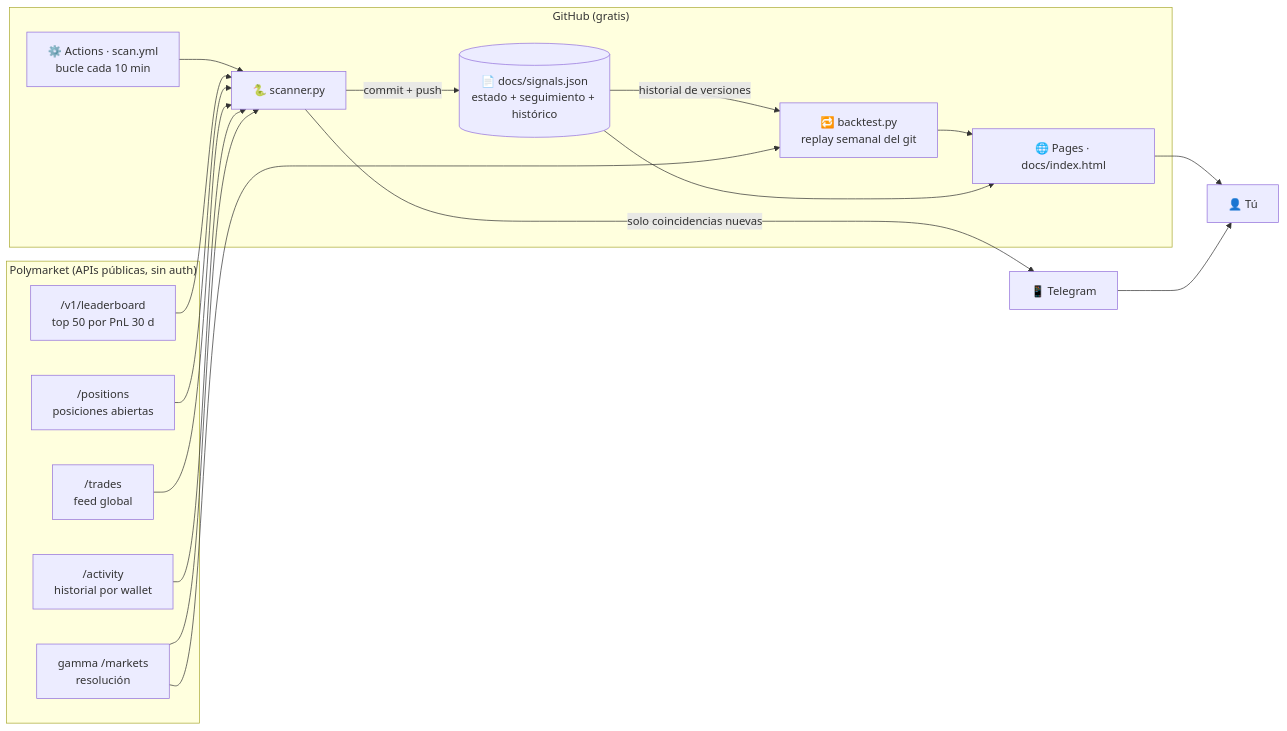
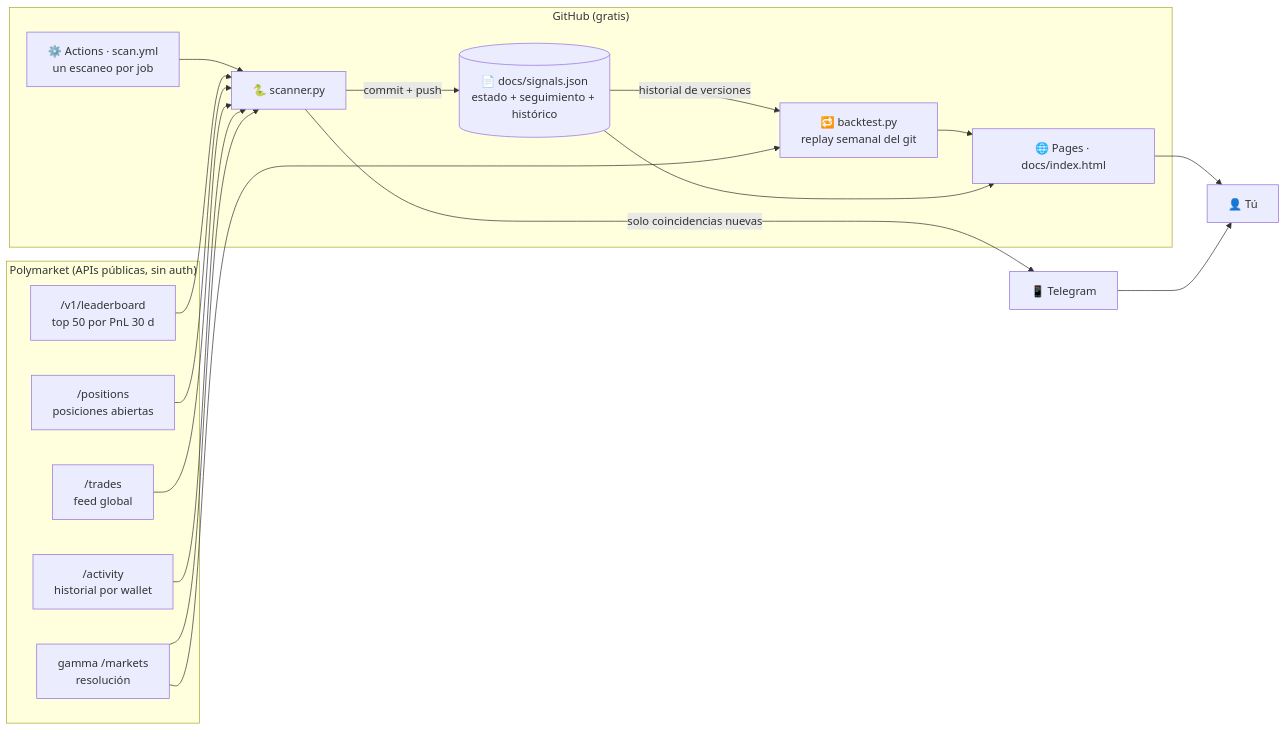
The first of 4 diagrams in README.md (edulabrador/polymarket-smart-money), drawn with Mermaid before and after one commit. The commit also changed other lines of this file and 11 other files, not shown here.

First line of the commit message:
Actions: un escaneo por job y crons apagados; datos de estrategias mas ligeros (#12)

````diff
--- a/README.md
+++ b/README.md
@@ -150,32 +150,32 @@
 ```mermaid
 flowchart LR
     subgraph PM["Polymarket (APIs públicas, sin auth)"]
         LB["/v1/leaderboard<br/>top 50 por PnL 30 d"]
         POS["/positions<br/>posiciones abiertas"]
         TR["/trades<br/>feed global"]
         ACT["/activity<br/>historial por wallet"]
         GM["gamma /markets<br/>resolución"]
     end
 
     subgraph GH["GitHub (gratis)"]
-        A["⚙️ Actions · scan.yml<br/>bucle cada 10 min"]
+        A["⚙️ Actions · scan.yml<br/>un escaneo por job"]
         S["🐍 scanner.py"]
         J[("📄 docs/signals.json<br/>estado + seguimiento + histórico")]
         B["🔁 backtest.py<br/>replay semanal del git"]
         P["🌐 Pages · docs/index.html"]
     end
 
     T["📱 Telegram"]
     U["👤 Tú"]
 
     A --> S
     LB & POS & TR & ACT & GM --> S
     S -->|commit + push| J
     J -->|historial de versiones| B
     GM --> B
     B --> P
     J --> P
     S -->|solo coincidencias nuevas| T
     P --> U
     T --> U
 ```
````
